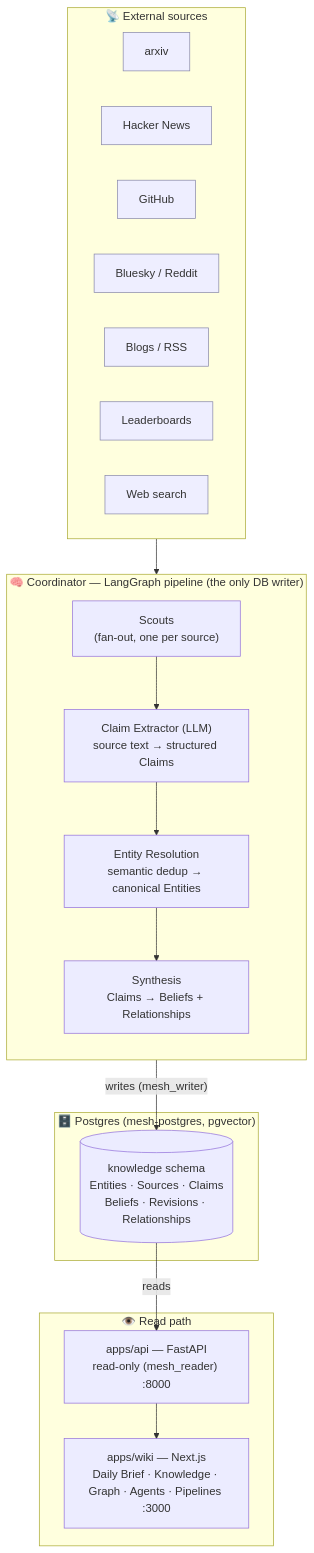
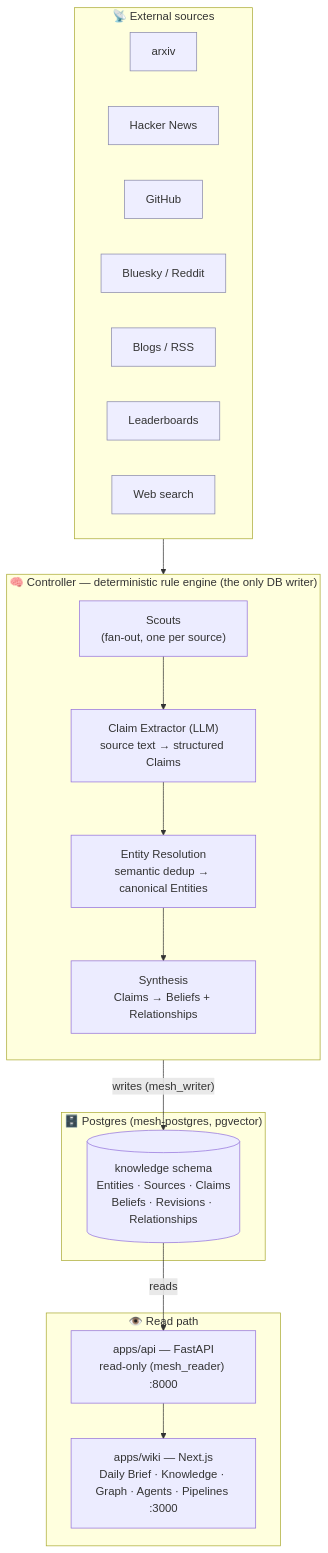
Before and after one commit to bklassen3434/agent-mesh: the first of 2 diagrams in docs/architecture.md, drawn with Mermaid. The commit also changed other lines of this file and 30 other files, not shown here.

First line of the commit message:
docs+infra: rewire all surfaces for controller-only orchestration (Stage 4)

````diff
--- a/docs/architecture.md
+++ b/docs/architecture.md
@@ -25,38 +25,38 @@
 ```mermaid
 flowchart TD
     subgraph sources["📡 External sources"]
         S1[arxiv]
         S2[Hacker News]
         S3[GitHub]
         S4[Bluesky / Reddit]
         S5[Blogs / RSS]
         S6[Leaderboards]
         S7[Web search]
     end
 
-    subgraph coord["🧠 Coordinator — LangGraph pipeline (the only DB writer)"]
+    subgraph coord["🧠 Controller — deterministic rule engine (the only DB writer)"]
         direction TB
         SCOUT["Scouts<br/>(fan-out, one per source)"]
         EXTRACT["Claim Extractor (LLM)<br/>source text → structured Claims"]
         RESOLVE["Entity Resolution<br/>semantic dedup → canonical Entities"]
         SYNTH["Synthesis<br/>Claims → Beliefs + Relationships"]
         SCOUT --> EXTRACT --> RESOLVE --> SYNTH
     end
 
     subgraph store["🗄️ Postgres (mesh-postgres, pgvector)"]
         DB[("knowledge schema<br/>Entities · Sources · Claims<br/>Beliefs · Revisions · Relationships")]
     end
 
     subgraph read["👁️ Read path"]
         API["apps/api — FastAPI<br/>read-only (mesh_reader) :8000"]
         WIKI["apps/wiki — Next.js<br/>Daily Brief · Knowledge · Graph · Agents · Pipelines :3000"]
     end
 
     sources --> SCOUT
     SYNTH -- "writes (mesh_writer)" --> DB
     DB -- "reads" --> API --> WIKI
 
     classDef src fill:#eef,stroke:#88a
     classDef c fill:#efe,stroke:#8a8
     class S1,S2,S3,S4,S5,S6,S7 src
 ```
````
